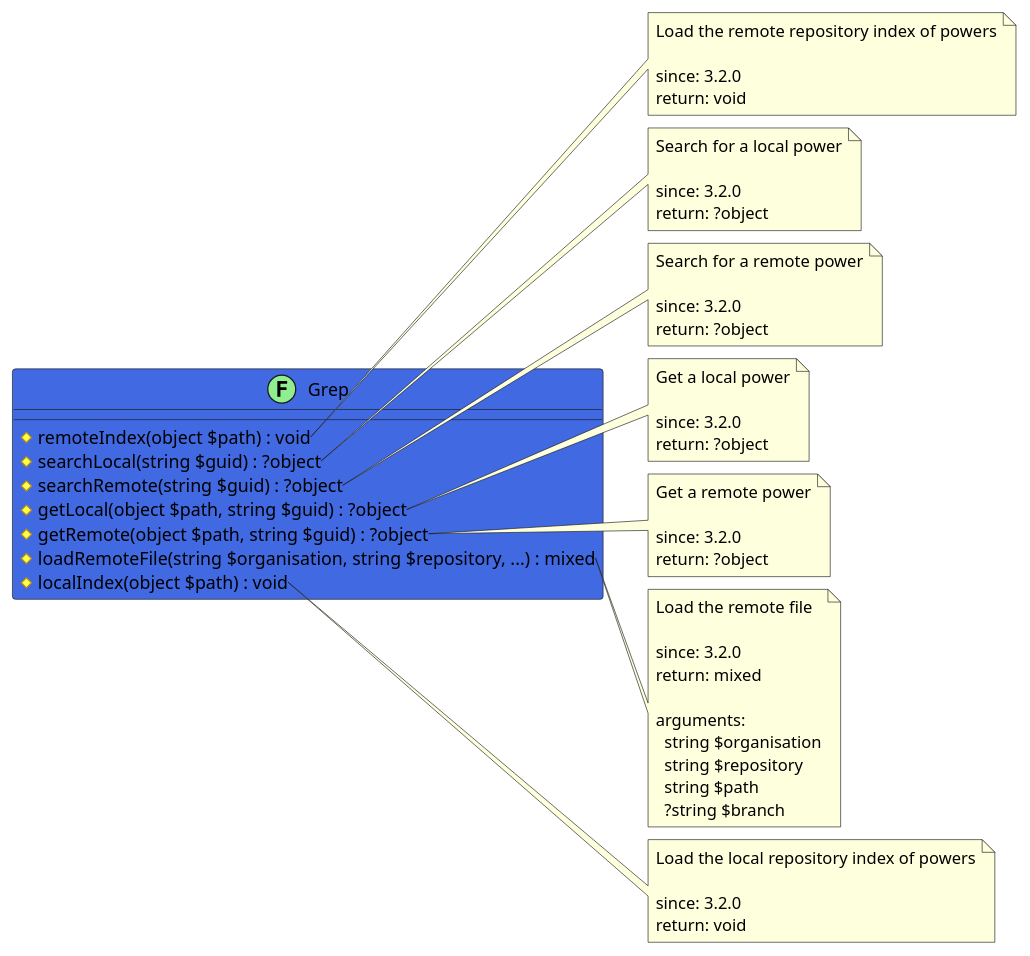
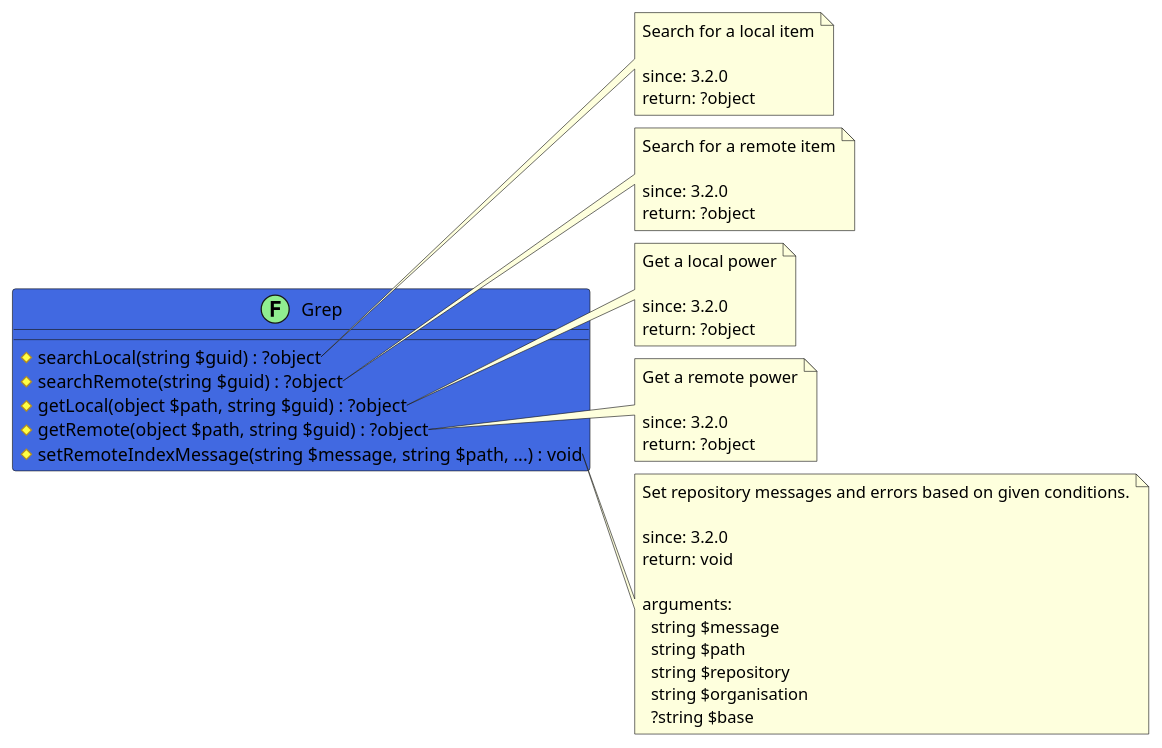
One commit to joomengine/jcb-compiler changed the diagram in src/6784dd52-0909-451a-a872-9a942a023c68/README.md. Above: the diagram before and after it, drawn with PlantUML. The commit also changed other lines of this file and 846 other files, not shown here.

````diff
--- a/src/6784dd52-0909-451a-a872-9a942a023c68/README.md
+++ b/src/6784dd52-0909-451a-a872-9a942a023c68/README.md
@@ -12,69 +13,54 @@
 ```uml
 @startuml
 class Grep << (F,LightGreen) >> #RoyalBlue {
-  # remoteIndex(object $path) : void
   # searchLocal(string $guid) : ?object
   # searchRemote(string $guid) : ?object
   # getLocal(object $path, string $guid) : ?object
   # getRemote(object $path, string $guid) : ?object
-  # loadRemoteFile(string $organisation, string $repository, ...) : mixed
-  # localIndex(object $path) : void
+  # setRemoteIndexMessage(string $message, string $path, ...) : void
 }
 
-note right of Grep::remoteIndex
-  Load the remote repository index of powers
-
-  since: 3.2.0
-  return: void
-end note
-
 note right of Grep::searchLocal
-  Search for a local power
+  Search for a local item
 
   since: 3.2.0
   return: ?object
 end note
 
 note right of Grep::searchRemote
-  Search for a remote power
+  Search for a remote item
 
   since: 3.2.0
   return: ?object
 end note
 
 note right of Grep::getLocal
   Get a local power
 
   since: 3.2.0
   return: ?object
 end note
 
 note right of Grep::getRemote
   Get a remote power
 
   since: 3.2.0
   return: ?object
 end note
 
-note right of Grep::loadRemoteFile
-  Load the remote file
-
-  since: 3.2.0
-  return: mixed
-  
-  arguments:
-    string $organisation
-    string $repository
-    string $path
-    ?string $branch
-end note
-
-note right of Grep::localIndex
-  Load the local repository index of powers
+note right of Grep::setRemoteIndexMessage
+  Set repository messages and errors based on given conditions.
 
   since: 3.2.0
   return: void
+  
+  arguments:
+    string $message
+    string $path
+    string $repository
+    string $organisation
+    ?string $base
 end note
  
 @enduml
 ```
````
